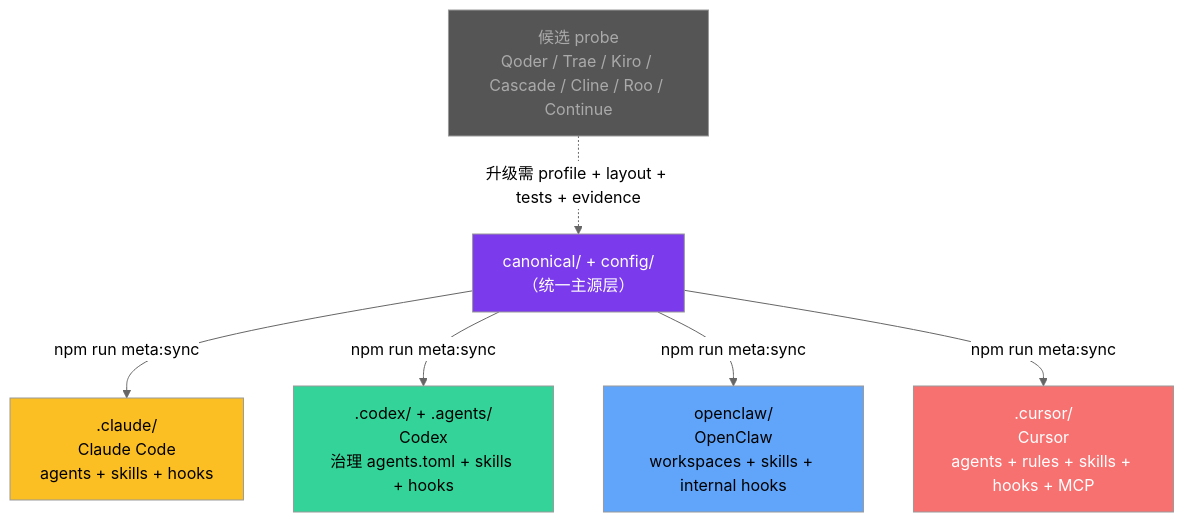
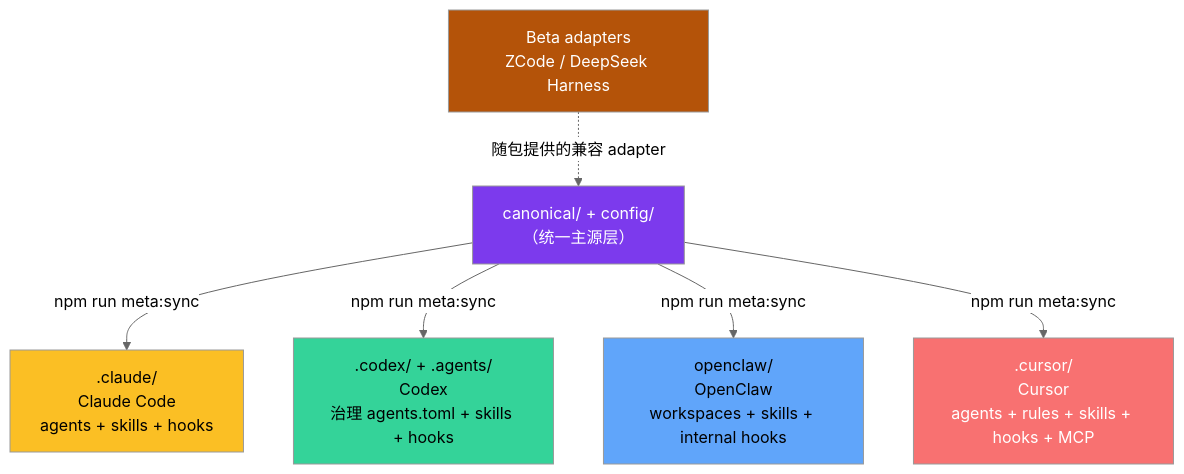
Before and after one commit to KimYx0207/Meta_Kim: the eighth of 9 diagrams in README.zh-CN.md, drawn with Mermaid (neutral theme). The commit also changed other lines of this file and 29 other files, not shown here.

Commit message:
feat: add beta runtime compatibility adapters

````diff
--- a/README.zh-CN.md
+++ b/README.zh-CN.md
@@ -611,18 +615,18 @@
 ```mermaid
 flowchart TB
     CANONICAL["canonical/ + config/<br/>（统一主源层）"]
 
     CANONICAL --> |npm run meta:sync| CLAUDE[".claude/<br/>Claude Code<br/>agents + skills + hooks"]
     CANONICAL --> |npm run meta:sync| CODEX[".codex/ + .agents/<br/>Codex<br/>治理 agents.toml + skills + hooks"]
     CANONICAL --> |npm run meta:sync| OPENCLAW["openclaw/<br/>OpenClaw<br/>workspaces + skills + internal hooks"]
     CANONICAL --> |npm run meta:sync| CURSOR[".cursor/<br/>Cursor<br/>agents + rules + skills + hooks + MCP"]
 
-    CANDIDATE["候选 probe<br/>Qoder / Trae / Kiro / Cascade / Cline / Roo / Continue"] -.-> |升级需 profile + layout + tests + evidence| CANONICAL
+    BETA["Beta adapters<br/>ZCode / DeepSeek Harness"] -.-> |随包提供的兼容 adapter| CANONICAL
 
     style CANONICAL fill:#7c3aed,color:#fff
     style CLAUDE fill:#fbbf24,color:#000
     style CODEX fill:#34d399,color:#000
     style OPENCLAW fill:#60a5fa,color:#000
     style CURSOR fill:#f87171,color:#fff
-    style CANDIDATE fill:#555,color:#aaa
+    style BETA fill:#b45309,color:#fff
 ```
````
